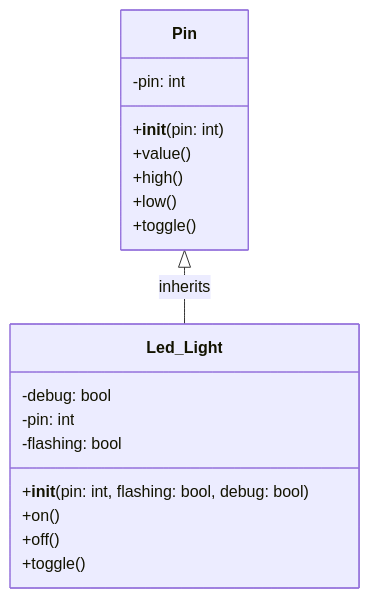
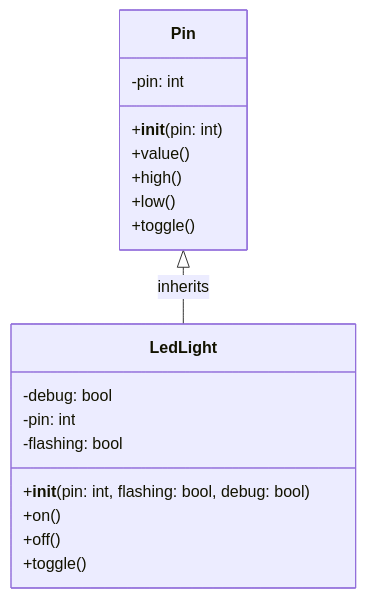
The first of 2 diagrams in tutorials/Lecture1.md (TempeHS/MicroPython_OOP_Pi_Pico_Mini_Project_Source), drawn with Mermaid before and after one commit. The commit also changed other lines of this file and 39 other files, not shown here.

````diff
--- a/tutorials/Lecture1.md
+++ b/tutorials/Lecture1.md
@@ -60,23 +60,23 @@
 ```mermaid
 classDiagram
 
     class Pin {
         -pin: int
         +__init__(pin: int)
         +value()
         +high()
         +low()
         +toggle()
     }
 
-    class Led_Light {
+    class LedLight {
         -debug: bool
         -pin: int
         -flashing: bool
         +__init__(pin: int, flashing: bool, debug: bool)
         +on()
         +off()
         +toggle()
     }
-    Pin <|-- Led_Light : inherits
+    Pin <|-- LedLight : inherits
 ```
````
